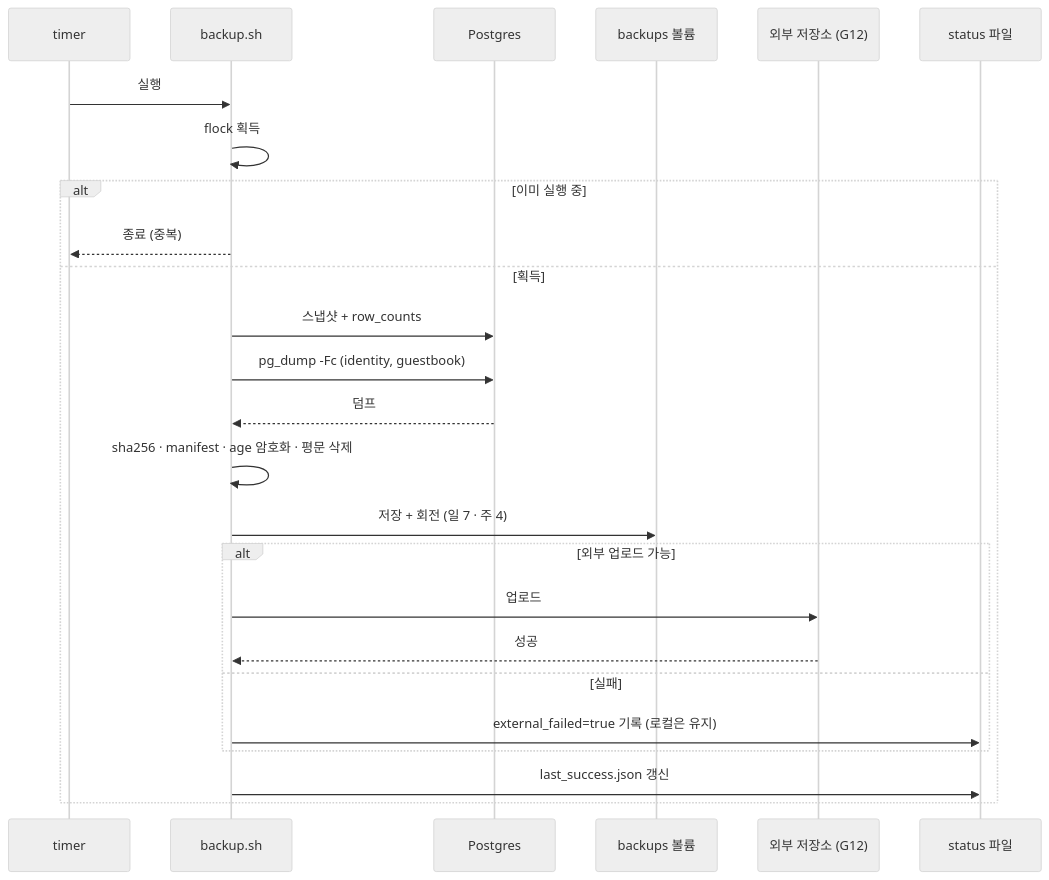
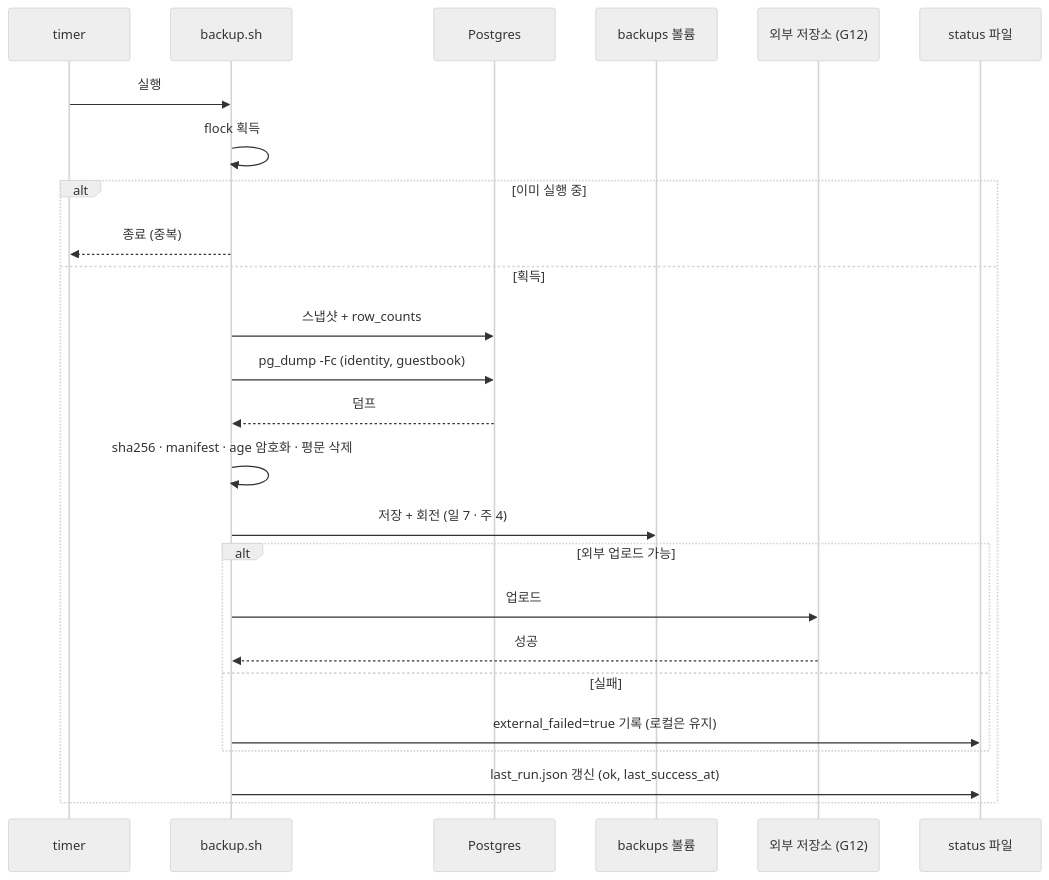
Before and after one commit to 1985jwlee/portpolio_backend: diagram 23 of 42 in docs/design/features/17-ops-observability.md, drawn with Mermaid (neutral theme). The commit also changed other lines of this file and 18 other files, not shown here.

````diff
--- a/docs/design/features/17-ops-observability.md
+++ b/docs/design/features/17-ops-observability.md
@@ -1355,27 +1370,27 @@
 ```mermaid
 sequenceDiagram
     participant T as timer
     participant B as backup.sh
     participant DB as Postgres
     participant V as backups 볼륨
     participant X as 외부 저장소 (G12)
     participant S as status 파일
     T->>B: 실행
     B->>B: flock 획득
     alt 이미 실행 중
         B-->>T: 종료 (중복)
     else 획득
         B->>DB: 스냅샷 + row_counts
         B->>DB: pg_dump -Fc (identity, guestbook)
         DB-->>B: 덤프
         B->>B: sha256 · manifest · age 암호화 · 평문 삭제
         B->>V: 저장 + 회전 (일 7 · 주 4)
         alt 외부 업로드 가능
             B->>X: 업로드
             X-->>B: 성공
         else 실패
             B->>S: external_failed=true 기록 (로컬은 유지)
         end
-        B->>S: last_success.json 갱신
+        B->>S: last_run.json 갱신 (ok, last_success_at)
     end
 ```
````
